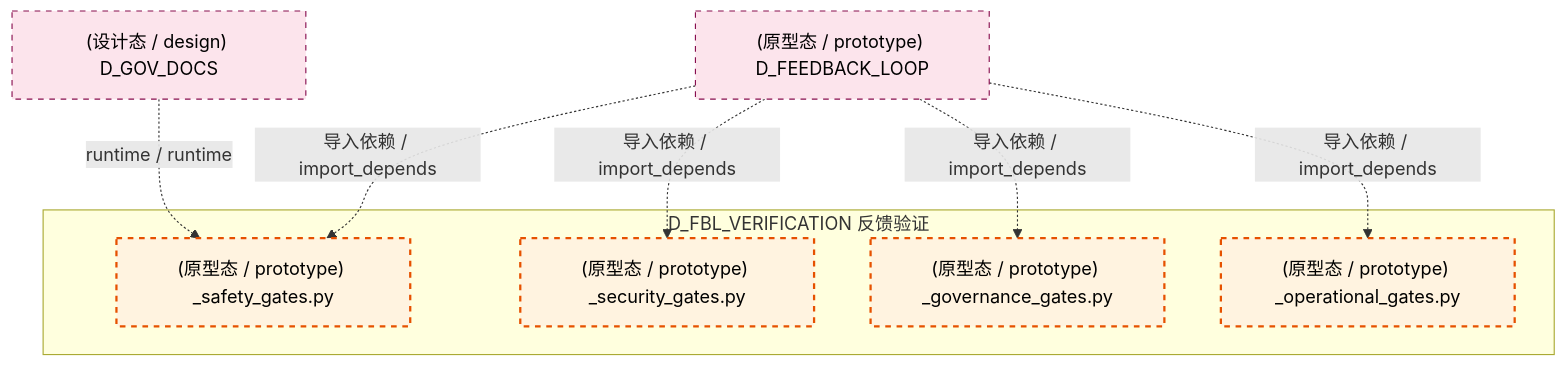
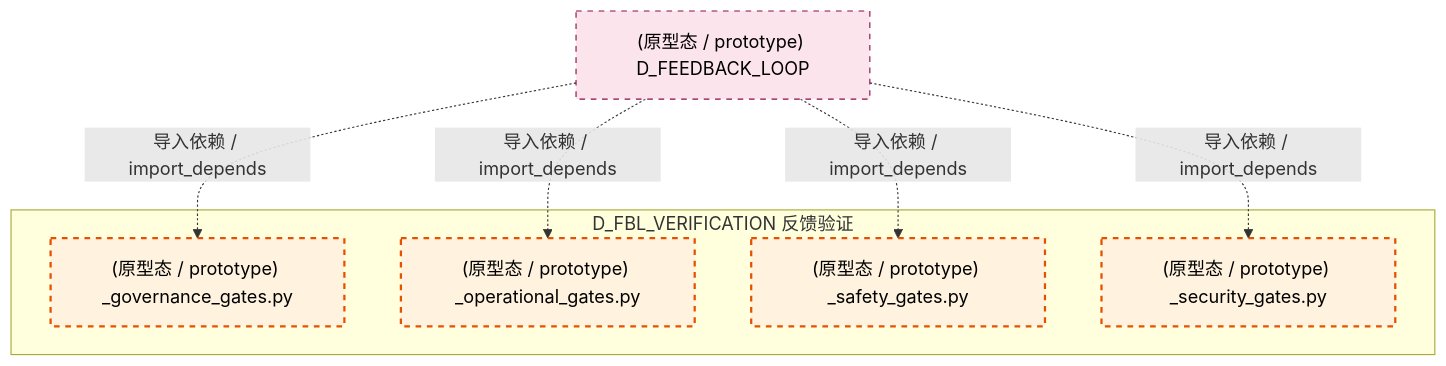
Before and after one commit to xuanFelixVan/ZephyrAlpha: the fifth of 6 diagrams in docs/02_enterprise_architecture/02_domain_architecture_docs/13_d_fbl_verification.md, drawn with Mermaid. The commit also changed other lines of this file and 102 other files, not shown here.

````diff
--- a/docs/02_enterprise_architecture/02_domain_architecture_docs/13_d_fbl_verification.md
+++ b/docs/02_enterprise_architecture/02_domain_architecture_docs/13_d_fbl_verification.md
@@ -420,22 +417,20 @@
 ```mermaid
 graph TD
     subgraph D_FBL_VERIFICATION["D_FBL_VERIFICATION 反馈验证"]
         src_zephyr_feedback_loop_gates_governance_gates_py["(原型态 / prototype) _governance_gates.py"]
         src_zephyr_feedback_loop_gates_operational_gates_py["(原型态 / prototype) _operational_gates.py"]
         src_zephyr_feedback_loop_gates_safety_gates_py["(原型态 / prototype) _safety_gates.py"]
         src_zephyr_feedback_loop_gates_security_gates_py["(原型态 / prototype) _security_gates.py"]
     end
-    D_GOV_DOCS["(设计态 / design) D_GOV_DOCS"]
-    D_GOV_DOCS -.->|runtime / runtime| src_zephyr_feedback_loop_gates_safety_gates_py
     D_FEEDBACK_LOOP["(原型态 / prototype) D_FEEDBACK_LOOP"]
     D_FEEDBACK_LOOP -.->|导入依赖 / import_depends| src_zephyr_feedback_loop_gates_safety_gates_py
     D_FEEDBACK_LOOP -.->|导入依赖 / import_depends| src_zephyr_feedback_loop_gates_security_gates_py
     D_FEEDBACK_LOOP -.->|导入依赖 / import_depends| src_zephyr_feedback_loop_gates_governance_gates_py
     D_FEEDBACK_LOOP -.->|导入依赖 / import_depends| src_zephyr_feedback_loop_gates_operational_gates_py
     classDef production fill:#e1f5fe,stroke:#01579b,stroke-width:2px,color:#000
     classDef design fill:#fff3e0,stroke:#e65100,stroke-width:2px,color:#000,stroke-dasharray: 5 5
     classDef external_prod fill:#e8f5e9,stroke:#1b5e20,stroke-width:1px,color:#000
     classDef external_design fill:#fce4ec,stroke:#880e4f,stroke-width:1px,color:#000,stroke-dasharray: 5 5
     class src_zephyr_feedback_loop_gates_governance_gates_py,src_zephyr_feedback_loop_gates_operational_gates_py,src_zephyr_feedback_loop_gates_safety_gates_py,src_zephyr_feedback_loop_gates_security_gates_py design
-    class D_GOV_DOCS,D_FEEDBACK_LOOP external_design
+    class D_FEEDBACK_LOOP external_design
 ```
````
